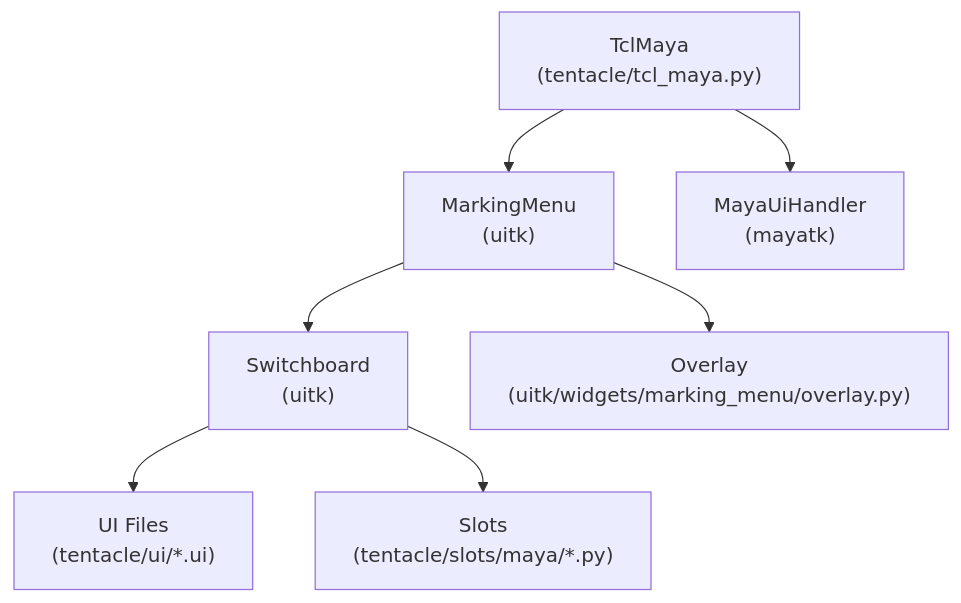
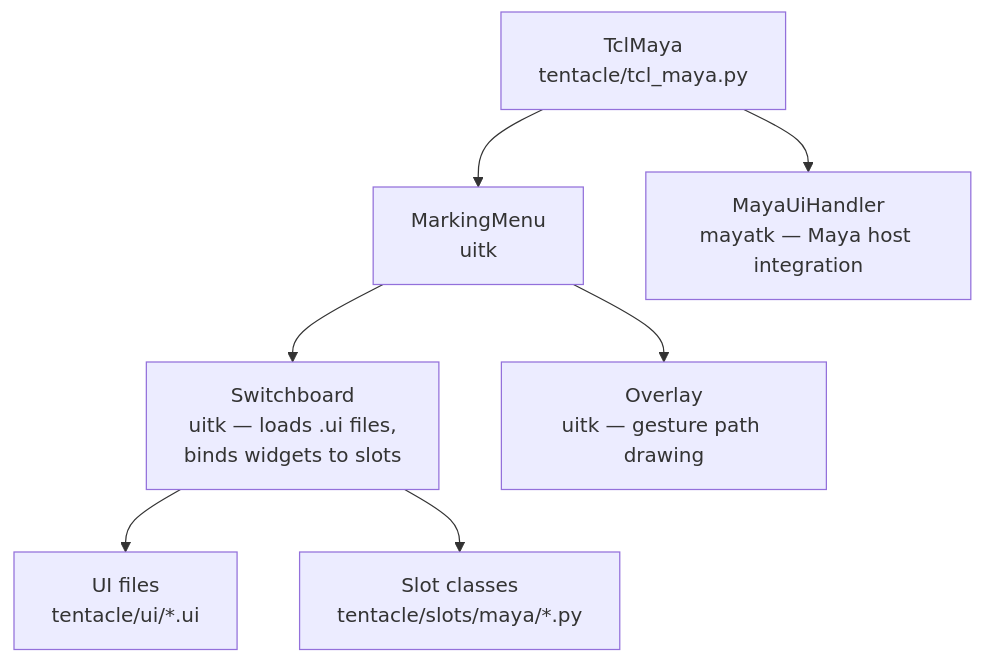
One commit to Mikfr83/tentacle changed the diagram in docs/README.md. Above: the diagram before and after it, drawn with Mermaid. The commit also changed other lines of this file and 4 other files, not shown here.

````diff
--- a/docs/README.md
+++ b/docs/README.md
@@ -28,9 +80,9 @@
 ```mermaid
 flowchart TD
-    A["TclMaya<br/>(tentacle/tcl_maya.py)"] --> B["MarkingMenu<br/>(uitk)"]
-    B --> C["Switchboard<br/>(uitk)"]
-    C --> D["UI Files<br/>(tentacle/ui/*.ui)"]
-    C --> E["Slots<br/>(tentacle/slots/maya/*.py)"]
-    B --> F["Overlay<br/>(uitk/widgets/marking_menu/overlay.py)"]
-    A --> G["MayaUiHandler<br/>(mayatk)"]
+    A["TclMaya<br/>tentacle/tcl_maya.py"] --> B["MarkingMenu<br/>uitk"]
+    B --> C["Switchboard<br/>uitk — loads .ui files,<br/>binds widgets to slots"]
+    C --> D["UI files<br/>tentacle/ui/*.ui"]
+    C --> E["Slot classes<br/>tentacle/slots/maya/*.py"]
+    B --> F["Overlay<br/>uitk — gesture path drawing"]
+    A --> G["MayaUiHandler<br/>mayatk — Maya host integration"]
 ```
````
